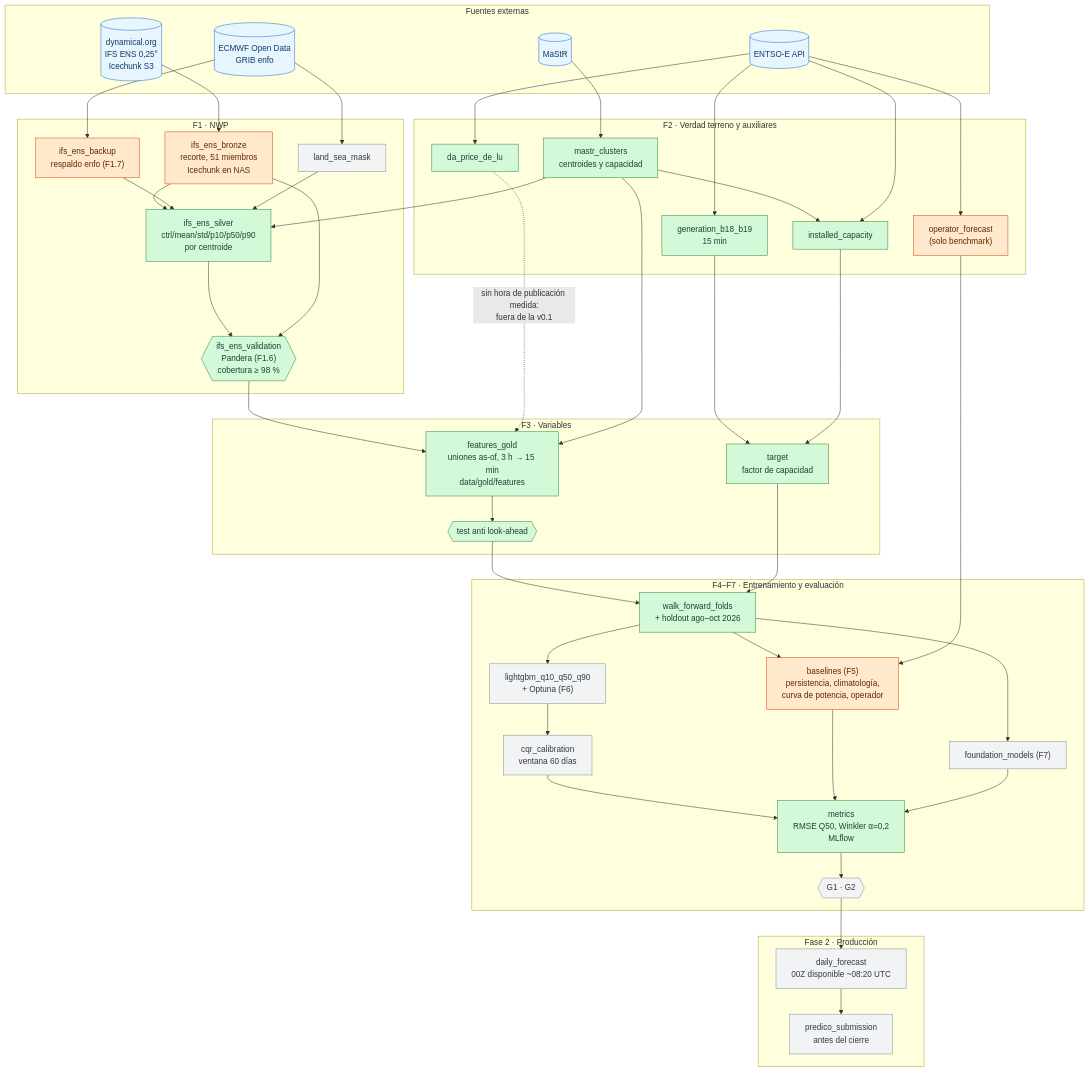
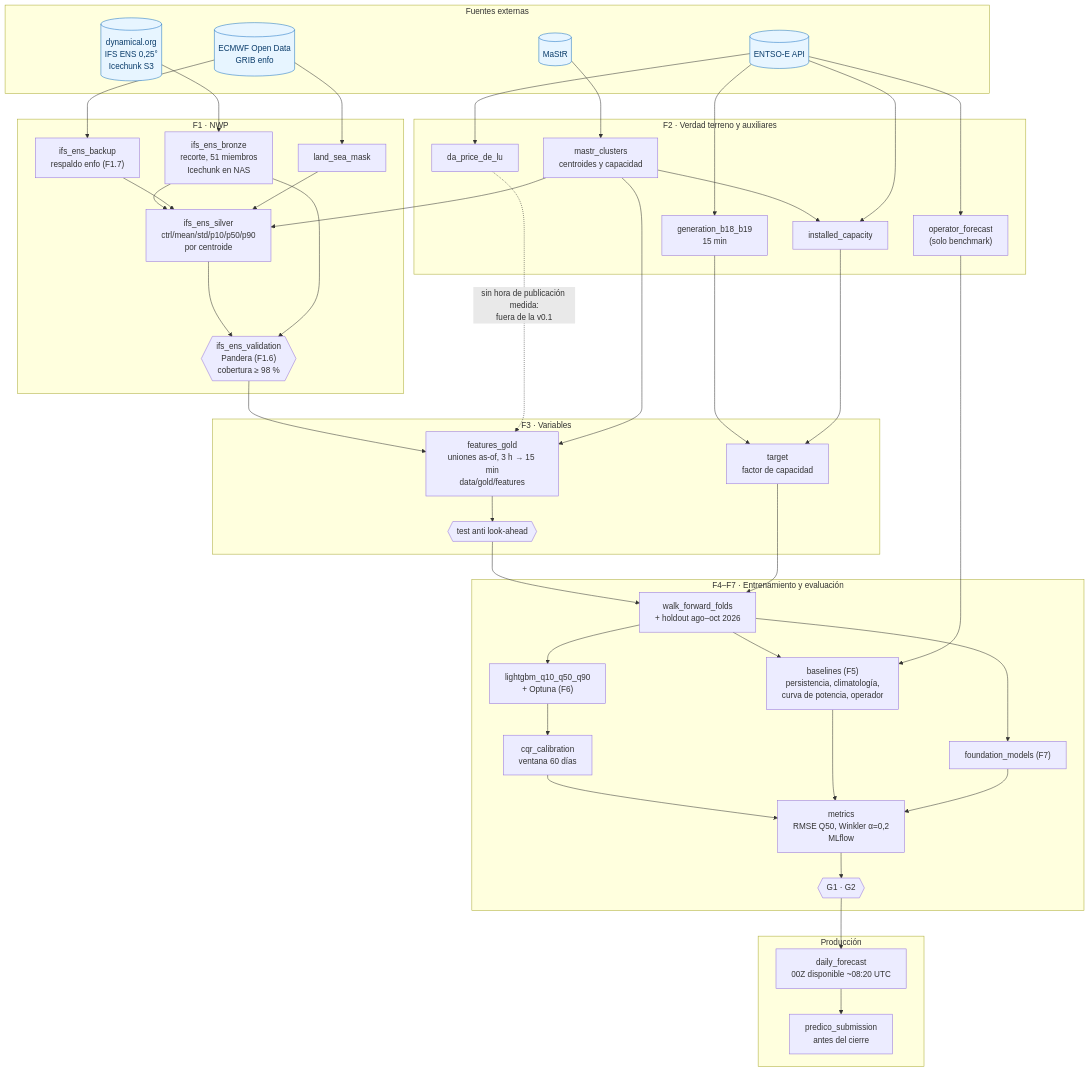
Before and after one commit to r3v1/predico: the first of 2 diagrams in README.md, drawn with Mermaid. The commit also changed other lines of this file and 68 other files, not shown here.

````diff
--- a/README.md
+++ b/README.md
@@ -76,7 +77,7 @@
         GATES{{"G1 · G2"}}
     end
 
-    subgraph PROD["Fase 2 · Producción"]
+    subgraph PROD["Producción"]
         DAILY["daily_forecast<br/>00Z disponible ~08:20 UTC"]
         SUBMIT["predico_submission<br/>antes del cierre"]
     end
@@ -102,19 +103,7 @@
     FOUND --> METRICS
     METRICS --> GATES --> DAILY --> SUBMIT
 
-    classDef done fill:#d3f9d8,stroke:#2b8a3e,color:#1b4332
-    classDef progress fill:#fff3bf,stroke:#e67700,color:#5c3c00
-    classDef partial fill:#ffe8cc,stroke:#d9480f,color:#5c2b00
-    classDef pending fill:#f1f3f5,stroke:#868e96,color:#343a40
     classDef ext fill:#e7f5ff,stroke:#1971c2,color:#0b3d6b
 
     class DYN,ENFO,ENTSOE,MASTR ext
-    class VAL,SILVER done
-    class BRONZE,BACKUP partial
-    class GEN,CAP,PRICE,CLUST done
-    class OPF partial
-    class FEAT,TARGET,LEAK done
-    class FOLDS,METRICS done
-    class BASE partial
-    class LSM,LGBM,CQR,FOUND,GATES,DAILY,SUBMIT pending
 ```
````
